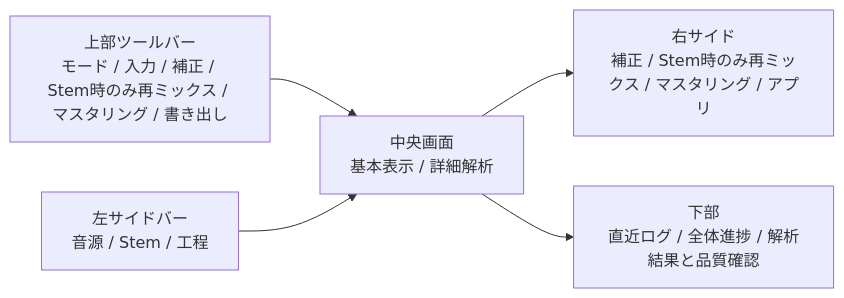
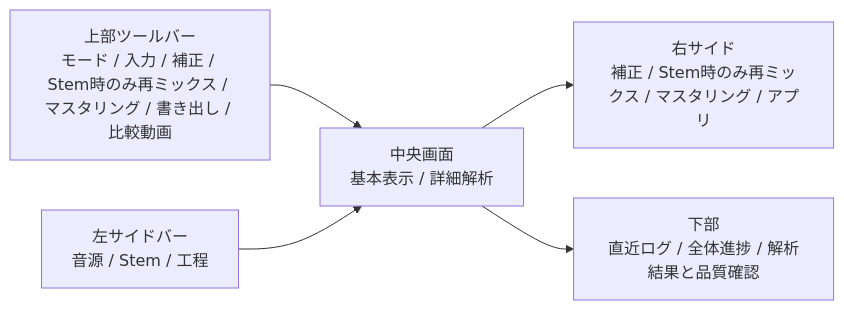
Before and after one commit to hajimeno-ipoo/Veloura-Lucent: the first of 5 diagrams in README.md, drawn with Mermaid. The commit also changed other lines of this file and 1 other file, not shown here.

````diff
--- a/README.md
+++ b/README.md
@@ -53,13 +54,13 @@
 ```mermaid
 flowchart LR
-    Toolbar["上部ツールバー<br/>モード / 入力 / 補正 / Stem時のみ再ミックス / マスタリング / 書き出し"]
+    Toolbar["上部ツールバー<br/>モード / 入力 / 補正 / Stem時のみ再ミックス / マスタリング / 書き出し / 比較動画"]
     Sidebar["左サイドバー<br/>音源 / Stem / 工程"]
     Workspace["中央画面<br/>基本表示 / 詳細解析"]
     Inspector["右サイド<br/>補正 / Stem時のみ再ミックス / マスタリング / アプリ"]
     Footer["下部<br/>直近ログ / 全体進捗 / 解析結果と品質確認"]
 
     Toolbar --> Workspace
     Sidebar --> Workspace
     Workspace --> Inspector
     Workspace --> Footer
 ```
````
